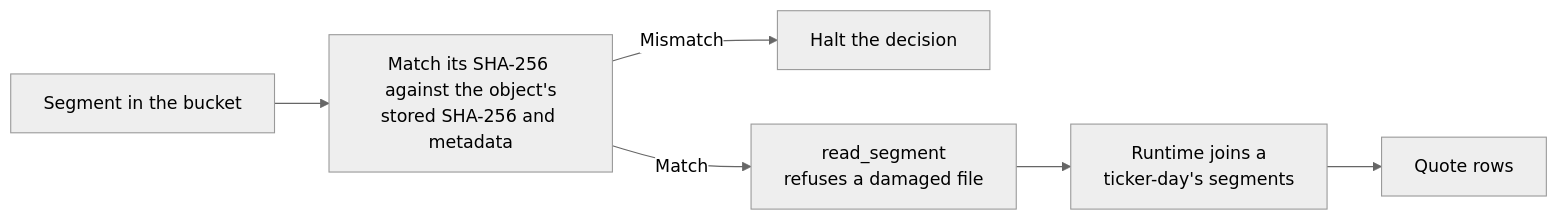
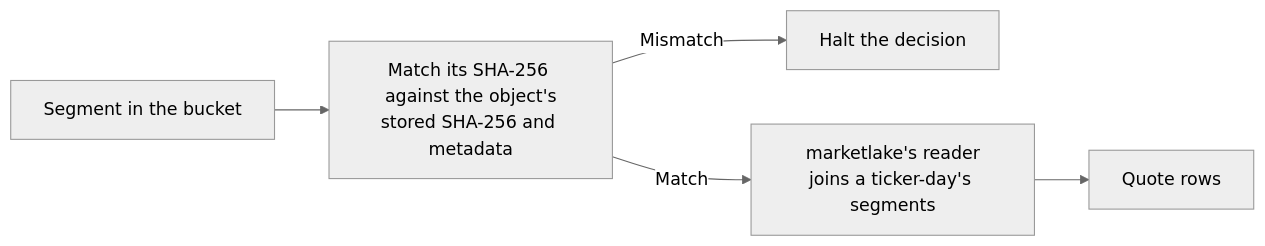
The seventh of 25 diagrams in docs/architecture.md (l3a0/ithildin-runtime), drawn with Mermaid (neutral theme) before and after one commit. The commit also changed other lines of this file and 2 other files, not shown here.

First line of the commit message:
docs: record the rulings on the reader, the stress move, the account and CPU, and link the sources

````diff
--- a/docs/architecture.md
+++ b/docs/architecture.md
@@ -349,8 +349,7 @@
    ```mermaid
    flowchart LR
        seg["Segment in the bucket"] --> sha["Match its SHA-256 against the object's<br/>stored SHA-256 and metadata"]
        sha -- "Mismatch" --> halt["Halt the decision"]
-       sha -- "Match" --> read["read_segment<br/>refuses a damaged file"]
-       read --> join["Runtime joins a<br/>ticker-day's segments"]
-       join --> rows["Quote rows"]
+       sha -- "Match" --> read["marketlake's reader<br/>joins a ticker-day's segments"]
+       read --> rows["Quote rows"]
    ```
````
